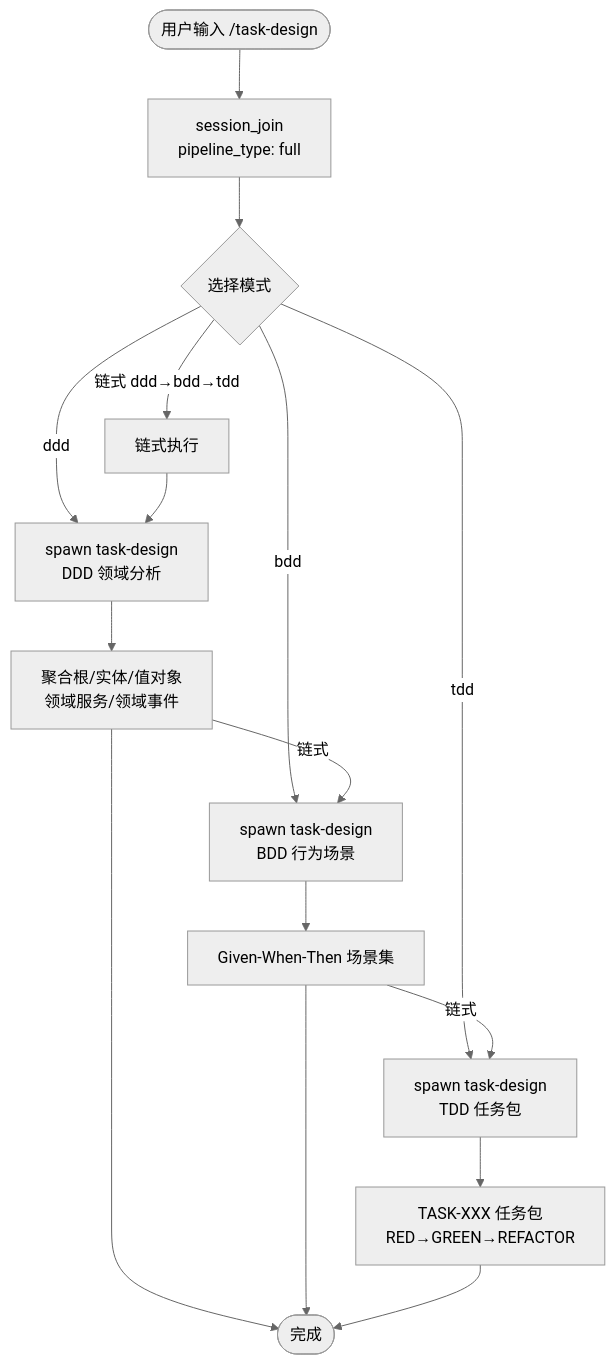
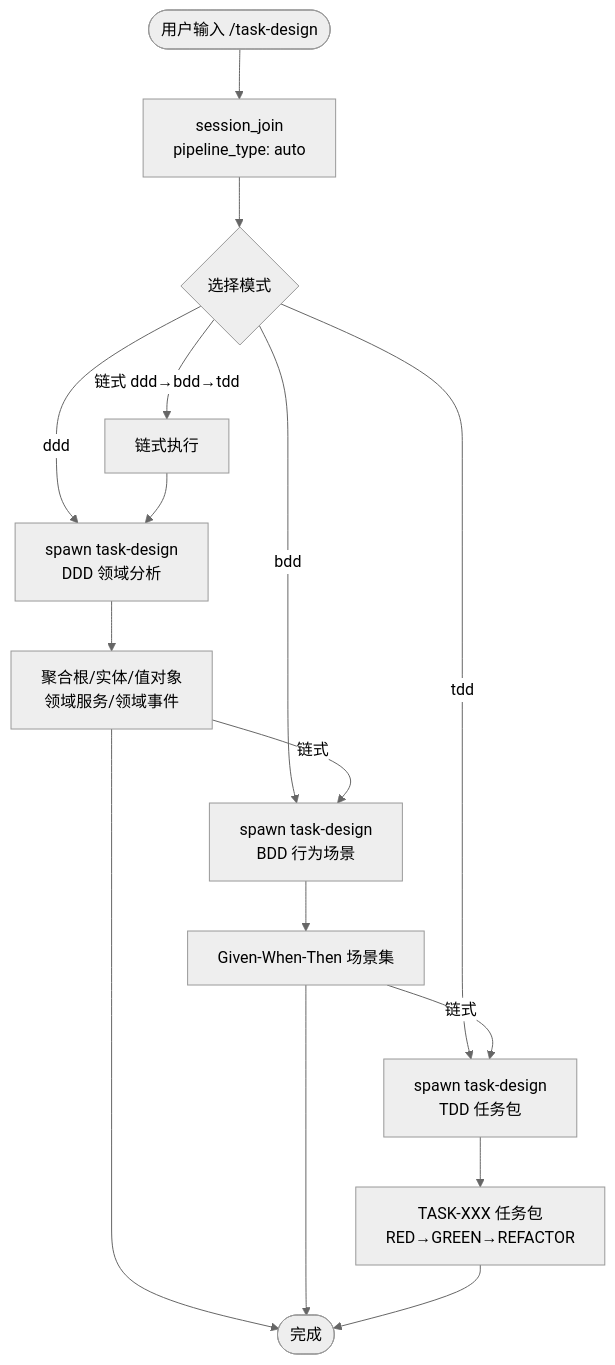
Before and after one commit to Wjl1224734792/Jarvis-Agent-Factory: the diagram in docs/flows/task-design.md, drawn with Mermaid (neutral theme). The commit also changed other lines of this file and 43 other files, not shown here.

````diff
--- a/docs/flows/task-design.md
+++ b/docs/flows/task-design.md
@@ -39,18 +39,18 @@
 ```mermaid
 flowchart TD
-    START([用户输入 /task-design]) --> JOIN[session_join<br/>pipeline_type: full]
+    START([用户输入 /task-design]) --> JOIN[session_join<br/>pipeline_type: auto]
     JOIN --> MODE{选择模式}
     MODE --> |ddd| DDD[spawn task-design<br/>DDD 领域分析]
     MODE --> |bdd| BDD[spawn task-design<br/>BDD 行为场景]
     MODE --> |tdd| TDD[spawn task-design<br/>TDD 任务包]
     MODE --> |链式 ddd→bdd→tdd| CHAIN[链式执行]
     CHAIN --> DDD
     DDD --> DDD_OUT[聚合根/实体/值对象<br/>领域服务/领域事件]
     DDD_OUT --> |链式| BDD
     BDD --> BDD_OUT[Given-When-Then 场景集]
     BDD_OUT --> |链式| TDD
     TDD --> TDD_OUT[TASK-XXX 任务包<br/>RED→GREEN→REFACTOR]
     DDD_OUT --> DONE([完成])
     BDD_OUT --> DONE
     TDD_OUT --> DONE
 ```
````
